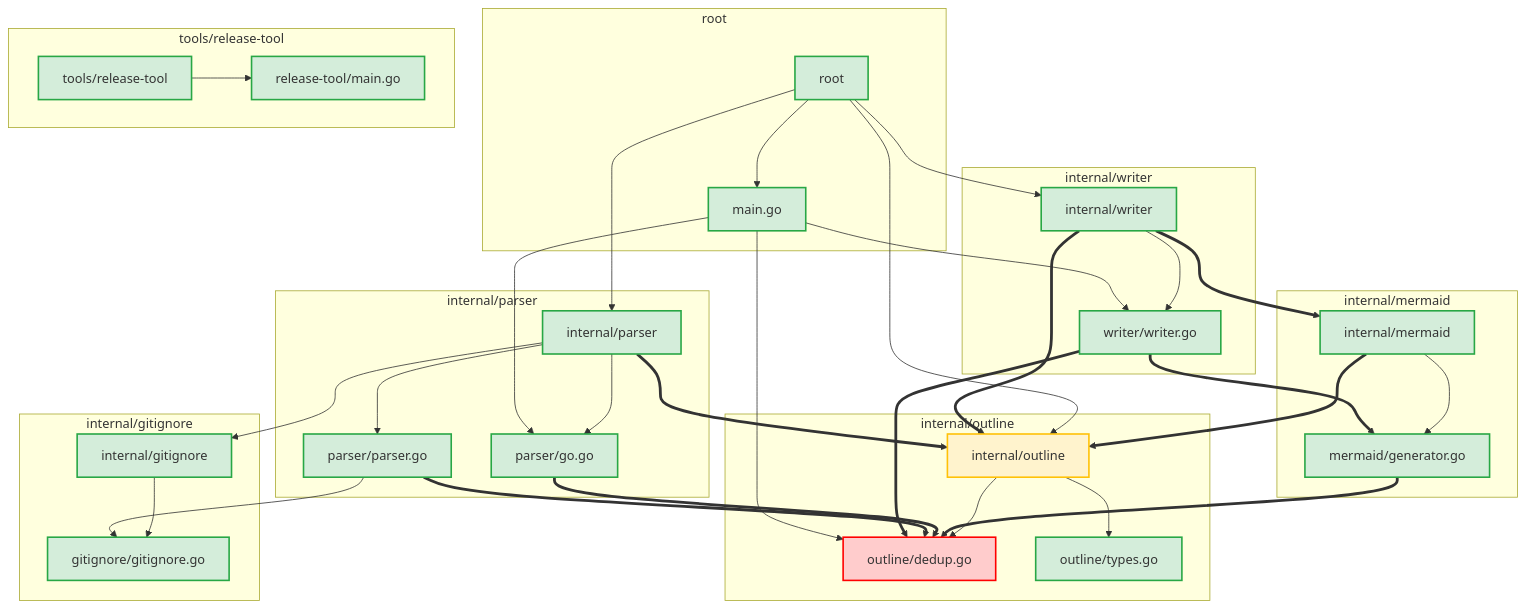
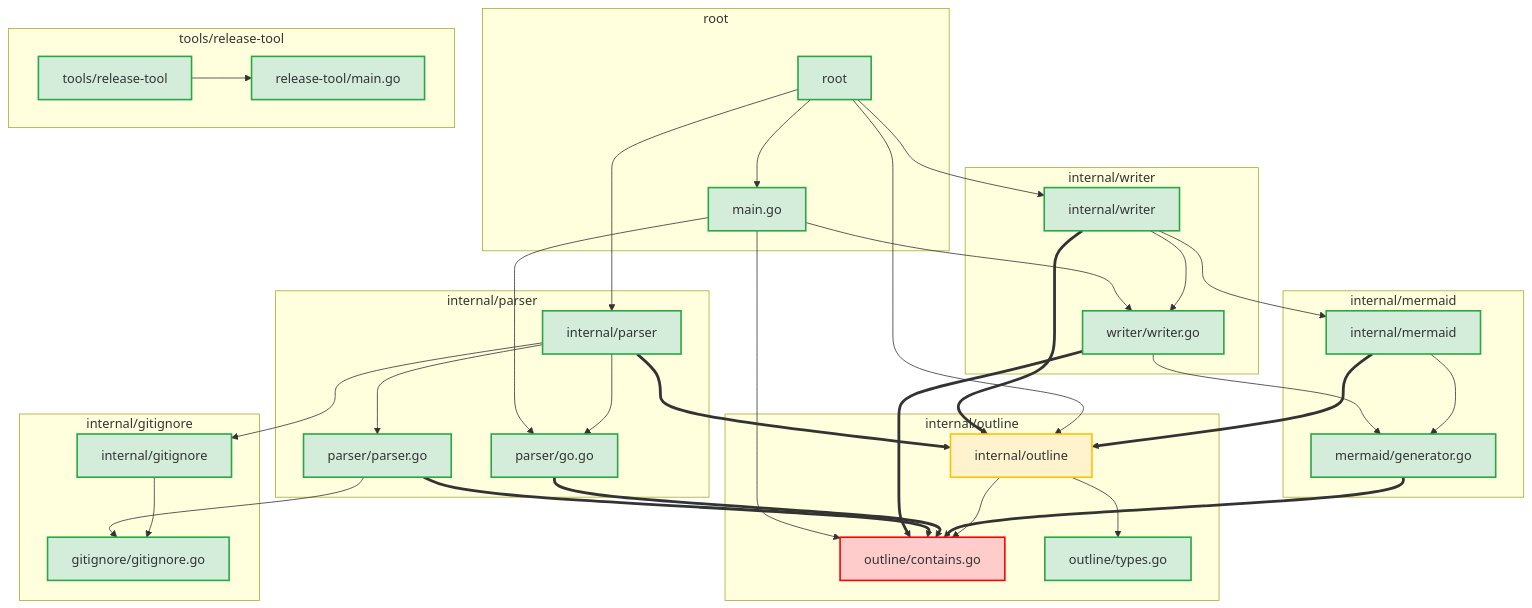
Before and after one commit to jasonwillschiu/codebrev: the diagram in codebrev.md, drawn with Mermaid. The commit also changed other lines of this file and 13 other files, not shown here.

First line of the commit message:
Update: Improved diagram grouping and writer safety

````diff
--- a/codebrev.md
+++ b/codebrev.md
@@ -10,79 +10,79 @@
 ```mermaid
 graph TB
     P0["root"]:::lowRisk
     P1["internal/gitignore"]:::lowRisk
     P2["internal/mermaid"]:::lowRisk
     P3["internal/outline"]:::mediumRisk
     P4["internal/parser"]:::lowRisk
     P5["internal/writer"]:::lowRisk
     P6["tools/release-tool"]:::lowRisk
 
     subgraph pkg_root ["root"]
         P0
         F0["main.go"]:::lowRisk
         P0 --> F0
     end
 
     subgraph pkg_internal_gitignore ["internal/gitignore"]
         P1
         F1["gitignore/gitignore.go"]:::lowRisk
         P1 --> F1
     end
 
     subgraph pkg_internal_mermaid ["internal/mermaid"]
         P2
         F2["mermaid/generator.go"]:::lowRisk
         P2 --> F2
     end
 
     subgraph pkg_internal_outline ["internal/outline"]
         P3
-        F3["outline/dedup.go"]:::highRisk
+        F3["outline/contains.go"]:::highRisk
         P3 --> F3
         F4["outline/types.go"]:::lowRisk
         P3 --> F4
     end
 
     subgraph pkg_internal_parser ["internal/parser"]
         P4
         F5["parser/go.go"]:::lowRisk
         P4 --> F5
         F6["parser/parser.go"]:::lowRisk
         P4 --> F6
     end
 
     subgraph pkg_internal_writer ["internal/writer"]
         P5
         F7["writer/writer.go"]:::lowRisk
         P5 --> F7
     end
 
     subgraph pkg_tools_release_tool ["tools/release-tool"]
         P6
         F8["release-tool/main.go"]:::lowRisk
         P6 --> F8
     end
 
     P0 --> P3
     P0 --> P4
     P0 --> P5
     P2 ==> P3
     P4 ==> P3
     P4 --> P1
-    P5 ==> P2
+    P5 --> P2
     P5 ==> P3
 
     F2 ==> F3
     F5 ==> F3
     F6 --> F1
     F6 ==> F3
-    F7 ==> F2
+    F7 --> F2
     F7 ==> F3
     F0 --> F3
     F0 --> F5
     F0 --> F7
 
     classDef highRisk fill:#ffcccc,stroke:#ff0000,stroke-width:2px
     classDef mediumRisk fill:#fff3cd,stroke:#ffc107,stroke-width:2px
     classDef lowRisk fill:#d4edda,stroke:#28a745,stroke-width:2px
 ```
````
